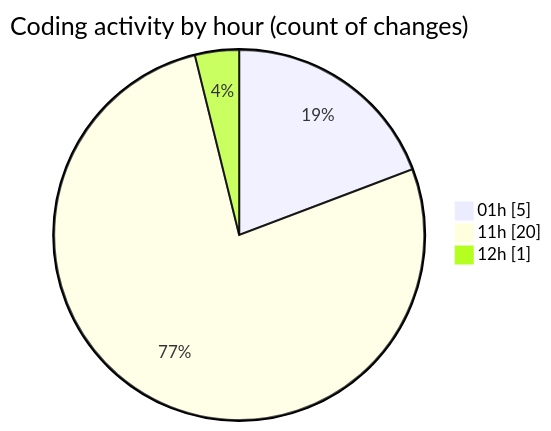
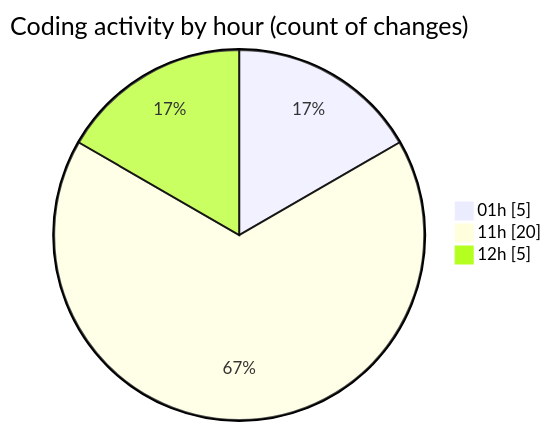
The second of 2 diagrams in 2025-04-26/echo/README.md (Netris89/code-tracking), drawn with Mermaid before and after one commit. The commit also changed other lines of this file and 1 other file, not shown here.

````diff
--- a/2025-04-26/echo/README.md
+++ b/2025-04-26/echo/README.md
@@ -31,7 +31,7 @@
 ```mermaid
 pie showData
 title Coding activity by hour (count of changes)
 "01h" : 5
 "11h" : 20
-"12h" : 1
+"12h" : 5
 ```
````
